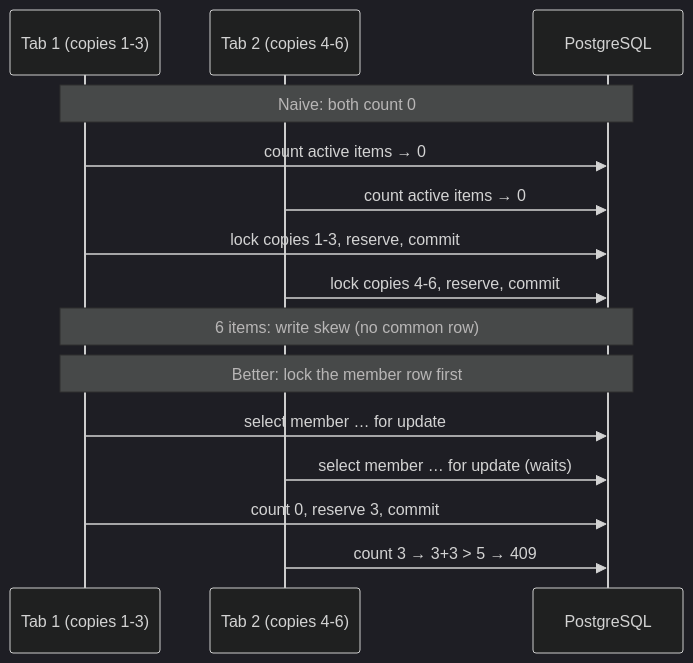
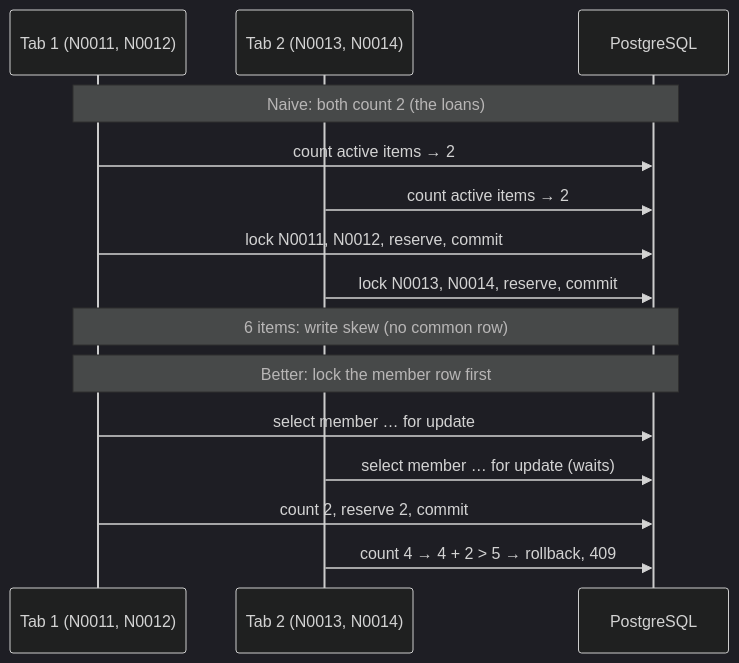
One commit to LabInternetPub/JPAlibraryExample changed the seventh of 7 diagrams in design/domain-and-examples.md. Above: the diagram before and after it, drawn with Mermaid (dark theme). The commit also changed other lines of this file and 8 other files, not shown here.

````diff
--- a/design/domain-and-examples.md
+++ b/design/domain-and-examples.md
@@ -490,17 +495,17 @@
 ```mermaid
 sequenceDiagram
-    participant T1 as Tab 1 (copies 1-3)
-    participant T2 as Tab 2 (copies 4-6)
+    participant T1 as Tab 1 (N0011, N0012)
+    participant T2 as Tab 2 (N0013, N0014)
     participant DB as PostgreSQL
-    Note over T1,DB: Naive: both count 0
-    T1->>DB: count active items → 0
-    T2->>DB: count active items → 0
-    T1->>DB: lock copies 1-3, reserve, commit
-    T2->>DB: lock copies 4-6, reserve, commit
+    Note over T1,DB: Naive: both count 2 (the loans)
+    T1->>DB: count active items → 2
+    T2->>DB: count active items → 2
+    T1->>DB: lock N0011, N0012, reserve, commit
+    T2->>DB: lock N0013, N0014, reserve, commit
     Note over T1,DB: 6 items: write skew (no common row)
     Note over T1,DB: Better: lock the member row first
     T1->>DB: select member … for update
     T2->>DB: select member … for update (waits)
-    T1->>DB: count 0, reserve 3, commit
-    T2->>DB: count 3 → 3+3 > 5 → 409
+    T1->>DB: count 2, reserve 2, commit
+    T2->>DB: count 4 → 4 + 2 > 5 → rollback, 409
 ```
````
